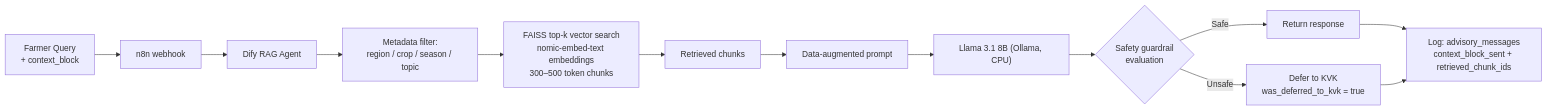
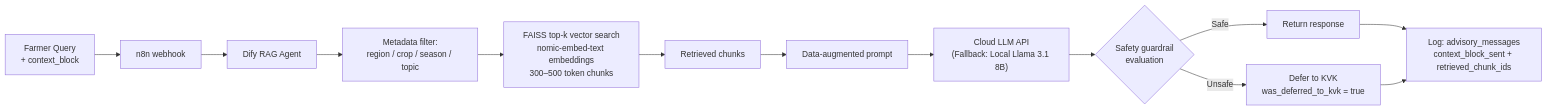
One commit to spark-456/krishi-sakhi changed the seventh of 9 diagrams in solution.md. Above: the diagram before and after it, drawn with Mermaid. The commit also changed other lines of this file and 1 other file, not shown here.

````diff
--- a/solution.md
+++ b/solution.md
@@ -477,15 +477,15 @@
 ```mermaid
 flowchart LR
     QUERY["Farmer Query\n+ context_block"] --> N8N["n8n webhook"]
     N8N --> DIFY["Dify RAG Agent"]
     DIFY --> FILTER["Metadata filter:\nregion / crop / season / topic"]
     FILTER --> FAISS["FAISS top-k vector search\nnomic-embed-text embeddings\n300–500 token chunks"]
     FAISS --> CHUNKS["Retrieved chunks"]
     CHUNKS --> PROMPT["Data-augmented prompt"]
-    PROMPT --> LLAMA["Llama 3.1 8B (Ollama, CPU)"]
-    LLAMA --> SAFETY{"Safety guardrail\nevaluation"}
+    PROMPT --> LLM["Cloud LLM API\n(Fallback: Local Llama 3.1 8B)"]
+    LLM --> SAFETY{"Safety guardrail\nevaluation"}
     SAFETY -->|Safe| RESPONSE["Return response"]
     SAFETY -->|Unsafe| KVK["Defer to KVK\nwas_deferred_to_kvk = true"]
     RESPONSE --> LOG["Log: advisory_messages\ncontext_block_sent + retrieved_chunk_ids"]
     KVK --> LOG
 ```
````
